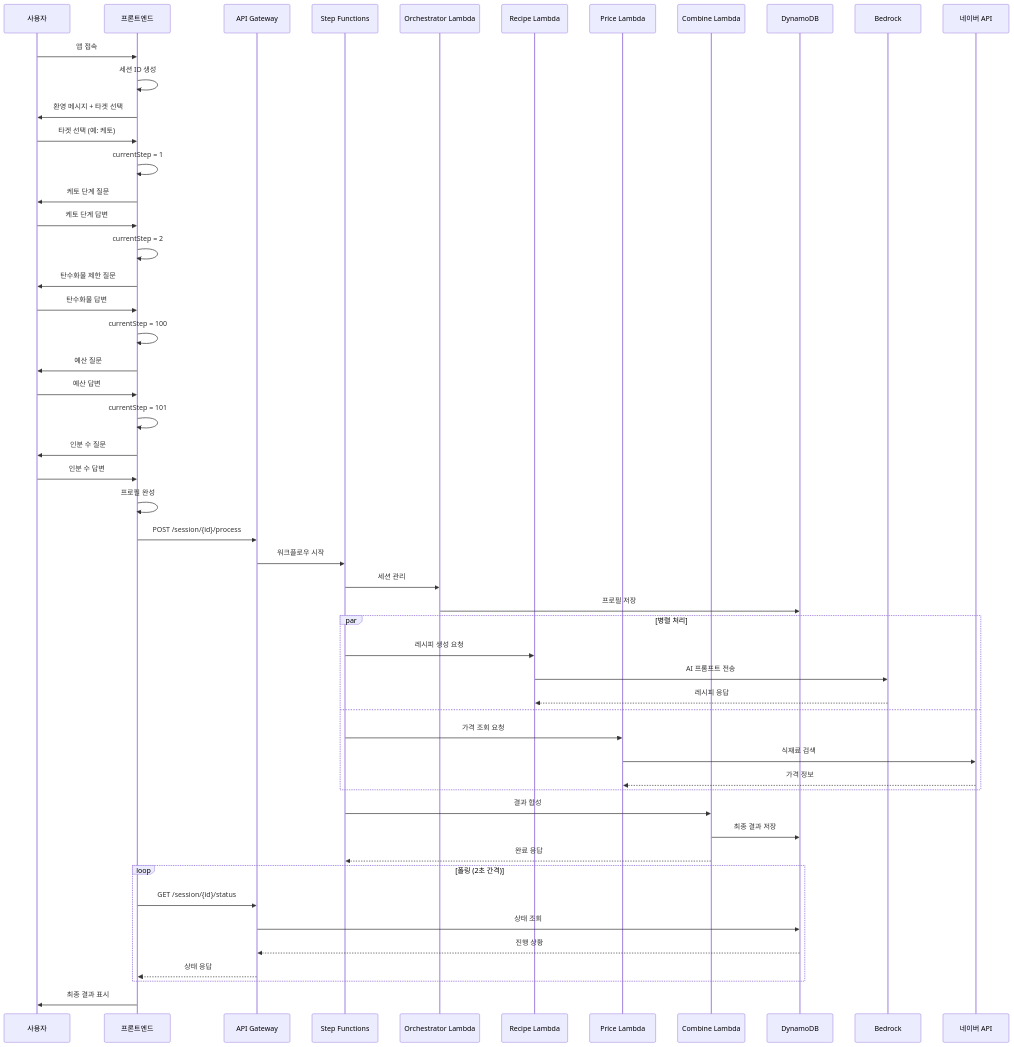
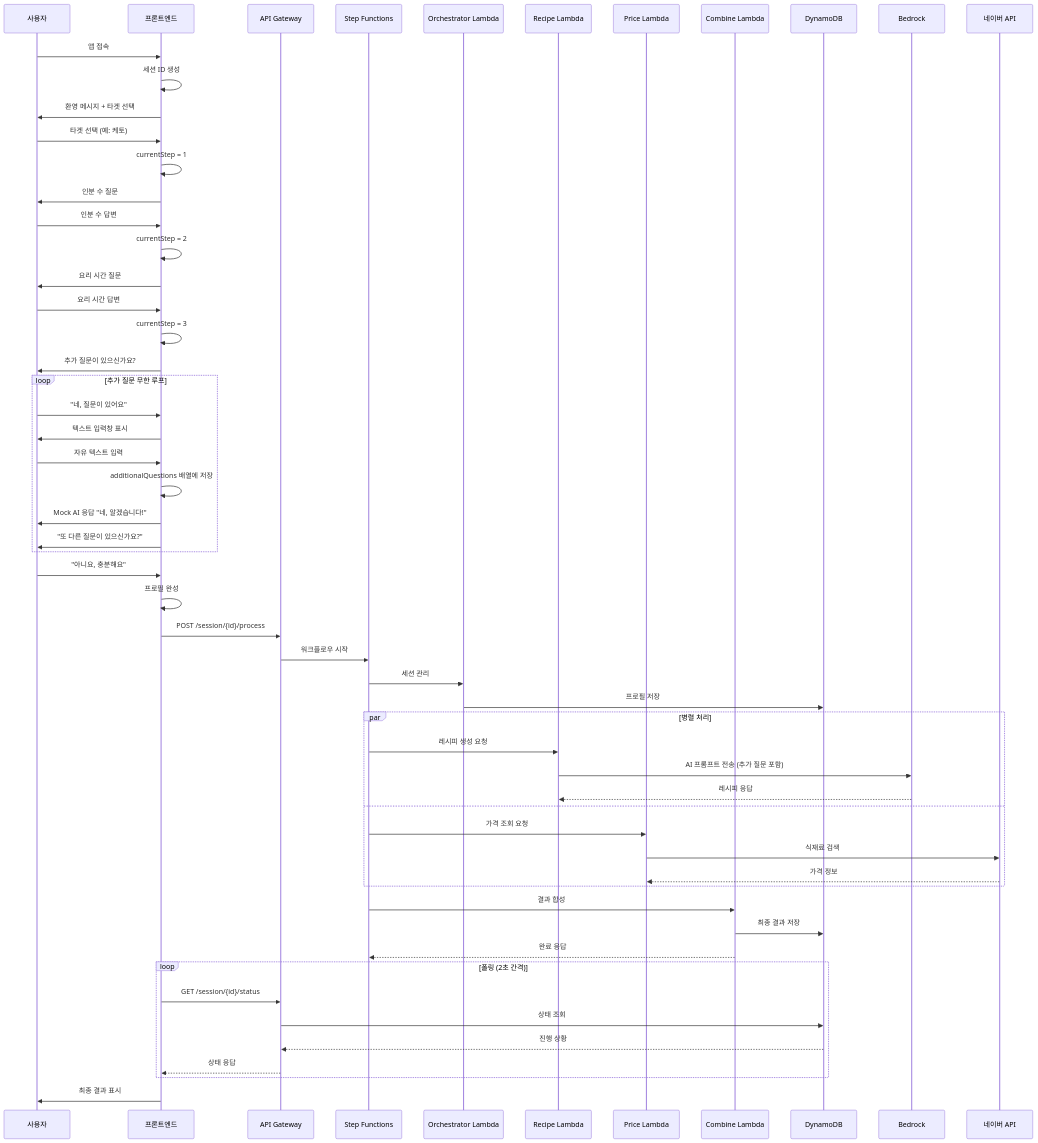
The second of 10 diagrams in docs/flows/CONVERSATION_FLOW.md (awsqhackathonXddeokssang/team21-aws-hackathon), drawn with Mermaid before and after one commit. The commit also changed other lines of this file, not shown here.

Commit message:
Update conversation flow docs to reflect current simplified implementation with infinite additional questions

````diff
--- a/docs/flows/CONVERSATION_FLOW.md
+++ b/docs/flows/CONVERSATION_FLOW.md
@@ -67,65 +60,70 @@
 ```mermaid
 sequenceDiagram
     participant U as 사용자
     participant F as 프론트엔드
     participant A as API Gateway
     participant S as Step Functions
     participant L1 as Orchestrator Lambda
     participant L2 as Recipe Lambda
     participant L3 as Price Lambda
     participant L4 as Combine Lambda
     participant D as DynamoDB
     participant B as Bedrock
     participant N as 네이버 API
 
     U->>F: 앱 접속
     F->>F: 세션 ID 생성
     F->>U: 환영 메시지 + 타겟 선택
 
     U->>F: 타겟 선택 (예: 케토)
     F->>F: currentStep = 1
-    F->>U: 케토 단계 질문
-
-    U->>F: 케토 단계 답변
-    F->>F: currentStep = 2
-    F->>U: 탄수화물 제한 질문
-
-    U->>F: 탄수화물 답변
-    F->>F: currentStep = 100
-    F->>U: 예산 질문
-
-    U->>F: 예산 답변
-    F->>F: currentStep = 101
     F->>U: 인분 수 질문
 
     U->>F: 인분 수 답변
+    F->>F: currentStep = 2
+    F->>U: 요리 시간 질문
+
+    U->>F: 요리 시간 답변
+    F->>F: currentStep = 3
+    F->>U: 추가 질문이 있으신가요?
+
+    loop 추가 질문 무한 루프
+        U->>F: "네, 질문이 있어요"
+        F->>U: 텍스트 입력창 표시
+        U->>F: 자유 텍스트 입력
+        F->>F: additionalQuestions 배열에 저장
+        F->>U: Mock AI 응답 "네, 알겠습니다!"
+        F->>U: "또 다른 질문이 있으신가요?"
+    end
+
+    U->>F: "아니요, 충분해요"
     F->>F: 프로필 완성
     F->>A: POST /session/{id}/process
 
     A->>S: 워크플로우 시작
     S->>L1: 세션 관리
     L1->>D: 프로필 저장
     
     par 병렬 처리
         S->>L2: 레시피 생성 요청
-        L2->>B: AI 프롬프트 전송
+        L2->>B: AI 프롬프트 전송 (추가 질문 포함)
         B-->>L2: 레시피 응답
     and
         S->>L3: 가격 조회 요청
         L3->>N: 식재료 검색
         N-->>L3: 가격 정보
     end
 
     S->>L4: 결과 합성
     L4->>D: 최종 결과 저장
     L4-->>S: 완료 응답
 
     loop 폴링 (2초 간격)
         F->>A: GET /session/{id}/status
         A->>D: 상태 조회
         D-->>A: 진행 상황
         A-->>F: 상태 응답
     end
 
     F->>U: 최종 결과 표시
 ```
````
